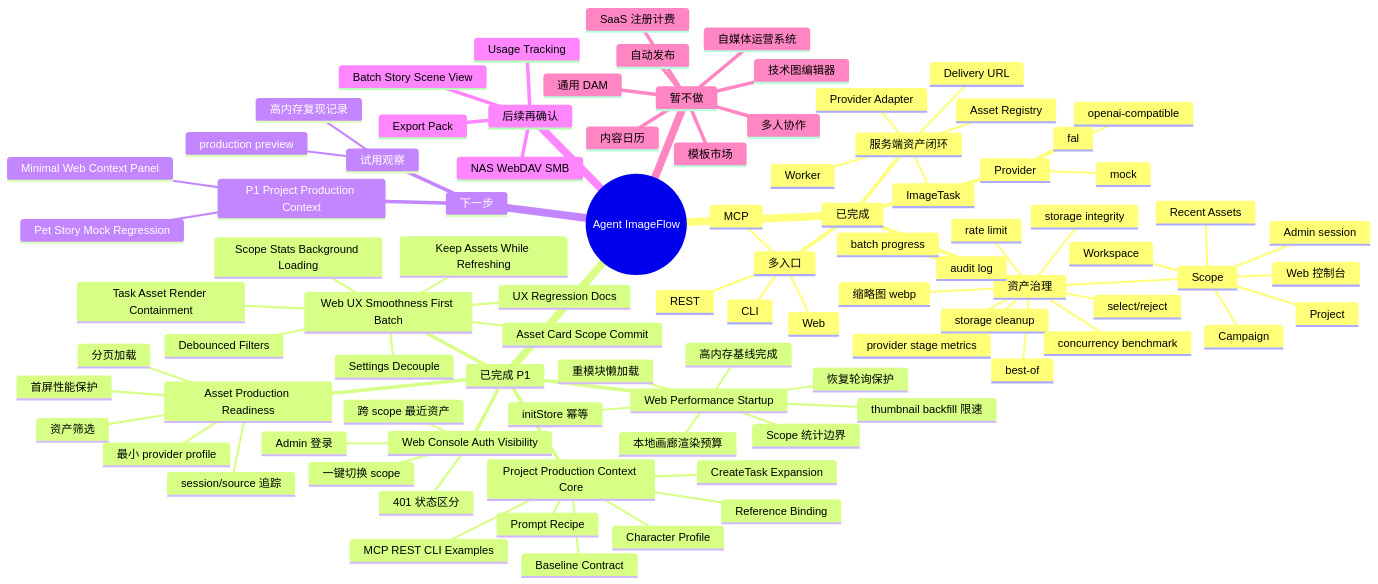
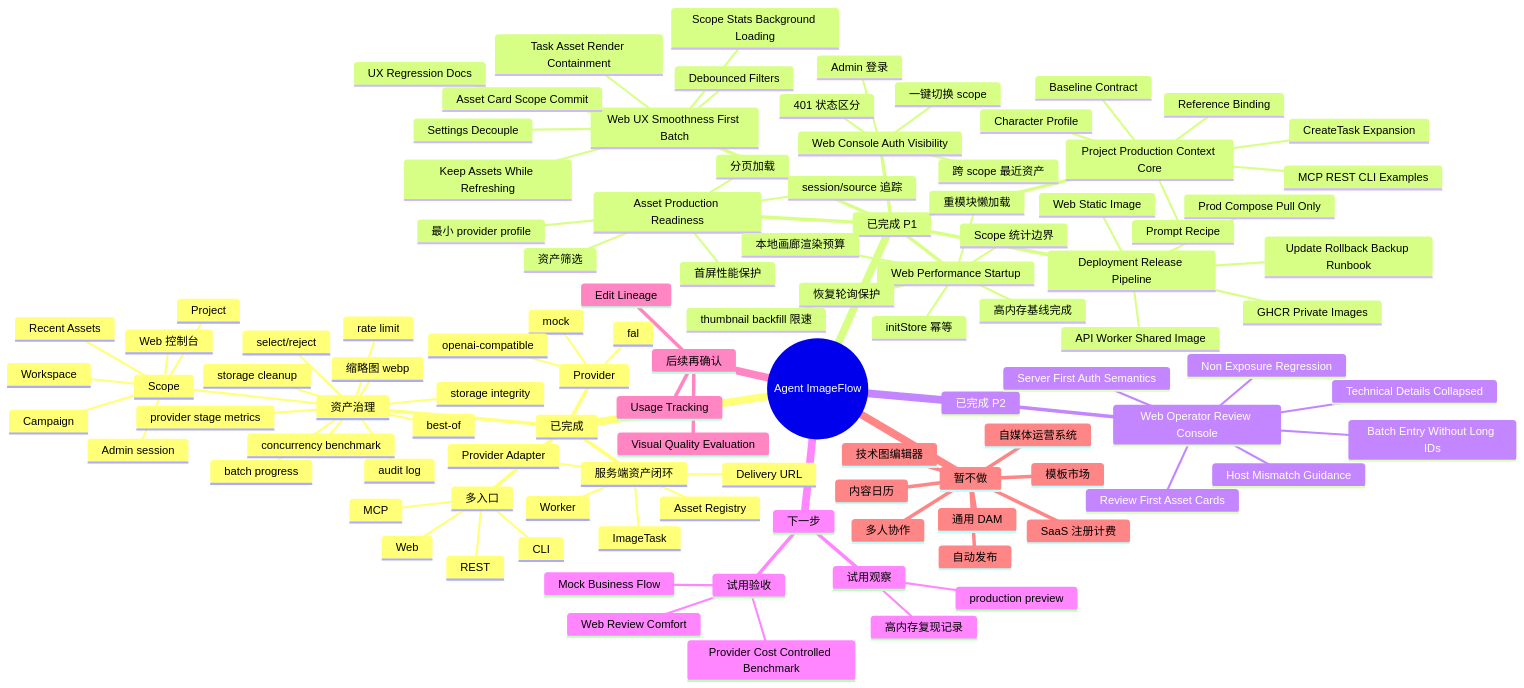
The diagram in docs/project/PROJECT_STATUS_MAP.md (billionsheep/agent-imageflow), drawn with Mermaid before and after one commit. The commit also changed other lines of this file and 16 other files, not shown here.

Commit message:
Add deployment release pipeline

```diff
--- a/docs/project/PROJECT_STATUS_MAP.md
+++ b/docs/project/PROJECT_STATUS_MAP.md
@@ -84,18 +94,32 @@
         Scope Stats Background Loading
         Task Asset Render Containment
         UX Regression Docs
+      Deployment Release Pipeline
+        GHCR Private Images
+        API Worker Shared Image
+        Web Static Image
+        Prod Compose Pull Only
+        Update Rollback Backup Runbook
+    已完成 P2
+      Web Operator Review Console
+        Review First Asset Cards
+        Technical Details Collapsed
+        Server First Auth Semantics
+        Batch Entry Without Long IDs
+        Host Mismatch Guidance
+        Non Exposure Regression
     下一步
-      P1 Project Production Context
-        Minimal Web Context Panel
-        Pet Story Mock Regression
+      试用验收
+        Mock Business Flow
+        Web Review Comfort
+        Provider Cost Controlled Benchmark
       试用观察
         production preview
         高内存复现记录
     后续再确认
       Usage Tracking
-      Export Pack
-      Batch Story Scene View
-      NAS WebDAV SMB
+      Edit Lineage
+      Visual Quality Evaluation
     暂不做
       自媒体运营系统
       内容日历
```
